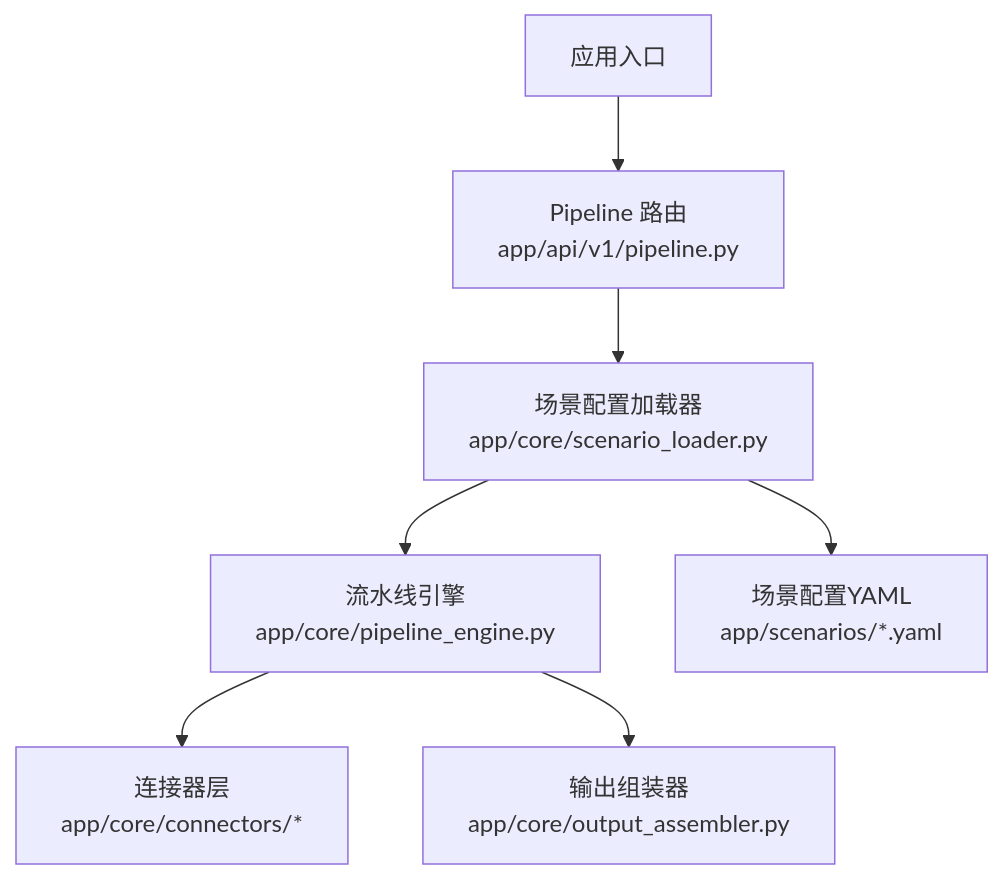
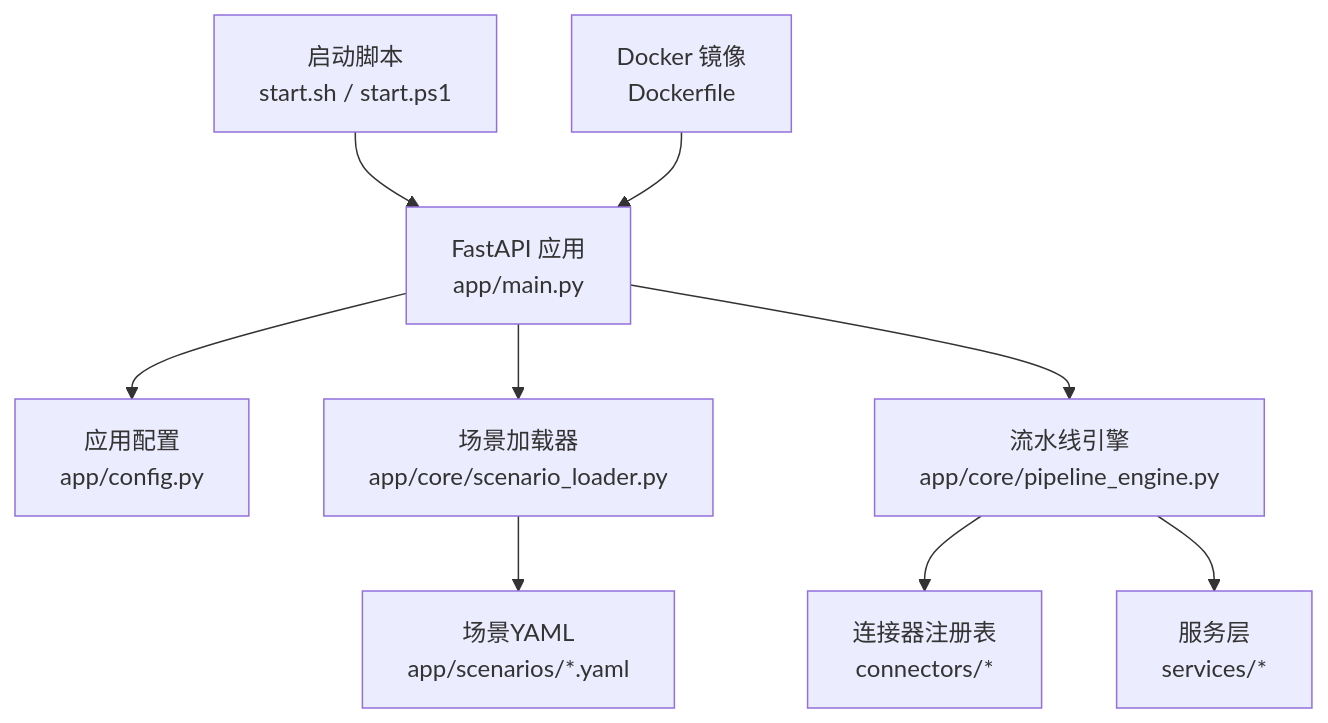
Before and after one commit to liang996plus/qoder_cn: the first of 6 diagrams in .qoder/repowiki/zh/content/配置管理.md, drawn with Mermaid. The commit also changed other lines of this file and 100 other files, not shown here.

````diff
--- a/.qoder/repowiki/zh/content/配置管理.md
+++ b/.qoder/repowiki/zh/content/配置管理.md
@@ -38,9 +40,11 @@
 ```mermaid
 graph TB
-A["应用入口"] --> B["Pipeline 路由<br/>app/api/v1/pipeline.py"]
-B --> C["场景配置加载器<br/>app/core/scenario_loader.py"]
-C --> D["流水线引擎<br/>app/core/pipeline_engine.py"]
-D --> E["连接器层<br/>app/core/connectors/*"]
-D --> F["输出组装器<br/>app/core/output_assembler.py"]
-C --> G["场景配置YAML<br/>app/scenarios/*.yaml"]
+A["FastAPI 应用<br/>app/main.py"] --> B["应用配置<br/>app/config.py"]
+A --> C["场景加载器<br/>app/core/scenario_loader.py"]
+C --> D["场景YAML<br/>app/scenarios/*.yaml"]
+A --> E["流水线引擎<br/>app/core/pipeline_engine.py"]
+E --> F["连接器注册表<br/>connectors/*"]
+E --> G["服务层<br/>services/*"]
+H["启动脚本<br/>start.sh / start.ps1"] --> A
+I["Docker 镜像<br/>Dockerfile"] --> A
 ```
````
